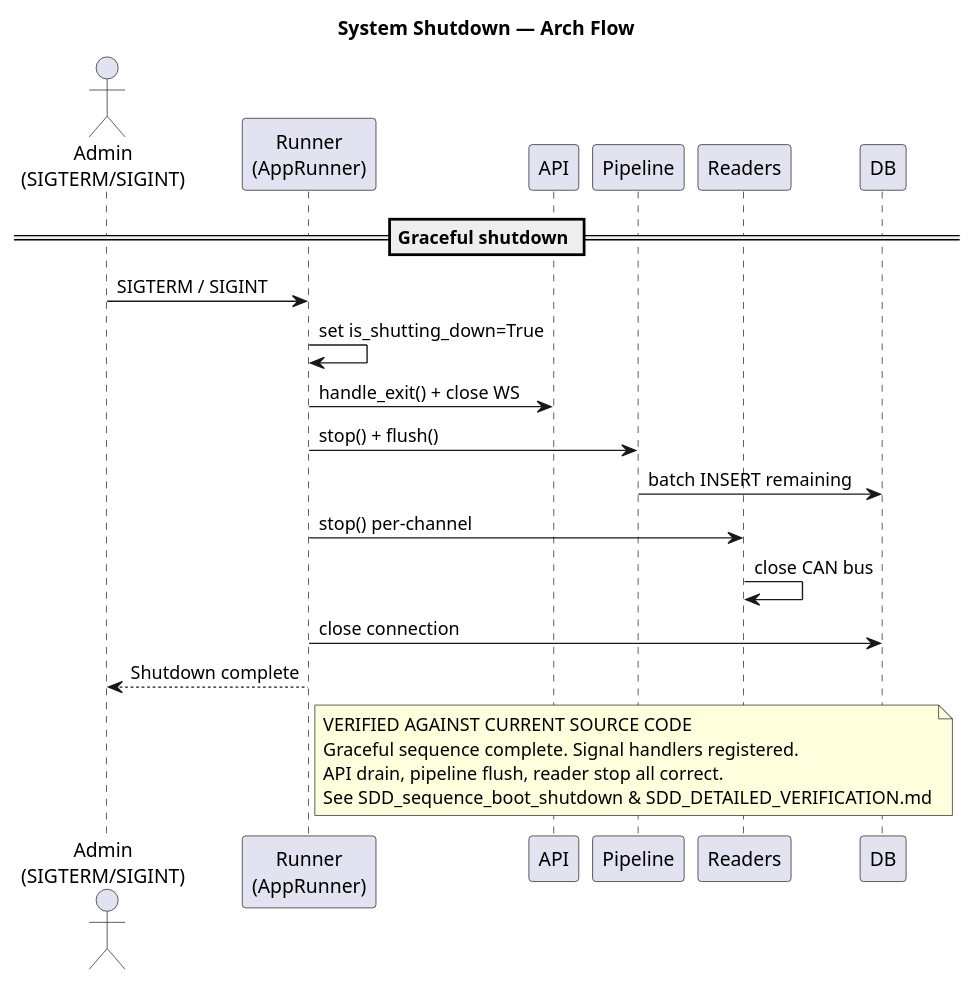
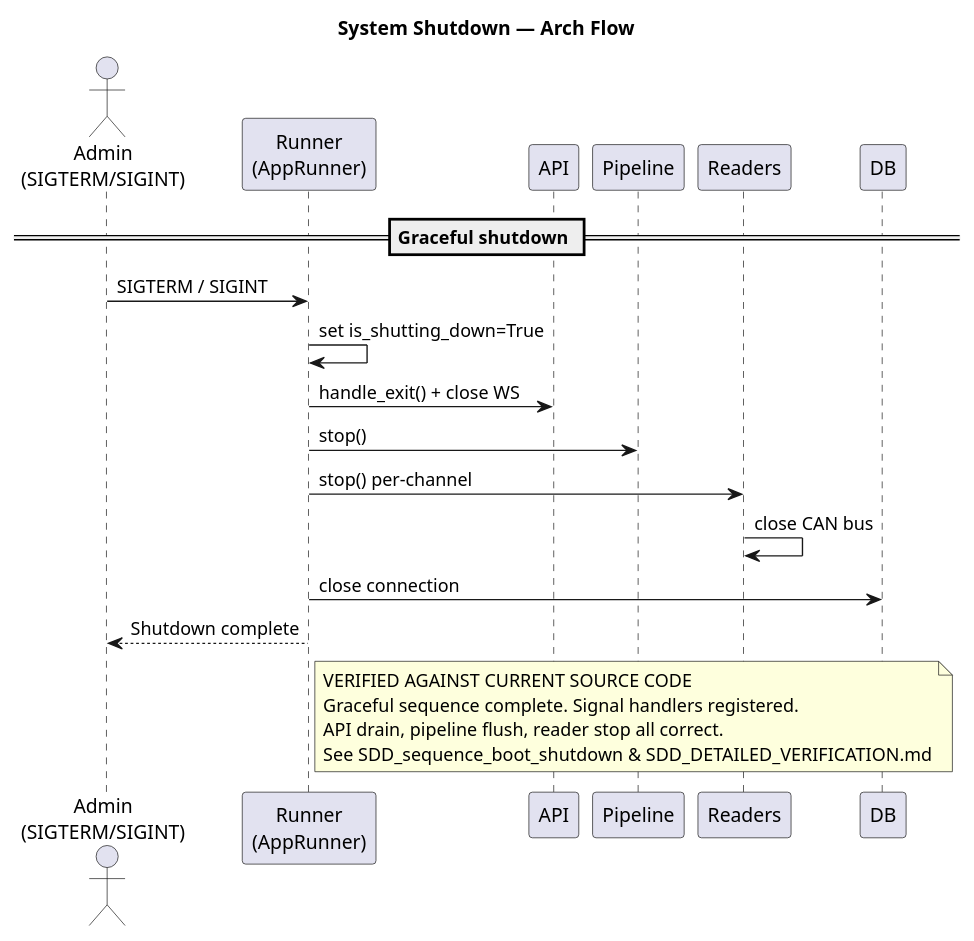
Before and after one commit to 3tdn/car-hmi: the diagram in diagram/SAD/SAD_sequence_boot_shutdown.puml, drawn with PlantUML. The commit also changed 58 other files, not shown here.

```diff
--- a/diagram/SAD/SAD_sequence_boot_shutdown.puml
+++ b/diagram/SAD/SAD_sequence_boot_shutdown.puml
@@ -1,29 +1,28 @@
 @startuml
 title System Shutdown — Arch Flow
 
 actor "Admin\n(SIGTERM/SIGINT)" as Admin
 participant "Runner\n(AppRunner)" as Runner
 participant "API" as API
 participant "Pipeline" as Pipeline
 participant "Readers" as Readers
 participant "DB" as DB
 
 == Graceful shutdown ==
 Admin -> Runner : SIGTERM / SIGINT
 Runner -> Runner : set is_shutting_down=True
 Runner -> API : handle_exit() + close WS
-Runner -> Pipeline : stop() + flush()
-Pipeline -> DB : batch INSERT remaining
+Runner -> Pipeline : stop()
 Runner -> Readers : stop() per-channel
 Readers -> Readers : close CAN bus
 Runner -> DB : close connection
 Runner --> Admin : Shutdown complete
 
 note right of Runner
   VERIFIED AGAINST CURRENT SOURCE CODE
   Graceful sequence complete. Signal handlers registered.
   API drain, pipeline flush, reader stop all correct.
   See SDD_sequence_boot_shutdown & SDD_DETAILED_VERIFICATION.md
 end note
 
 @enduml
```
